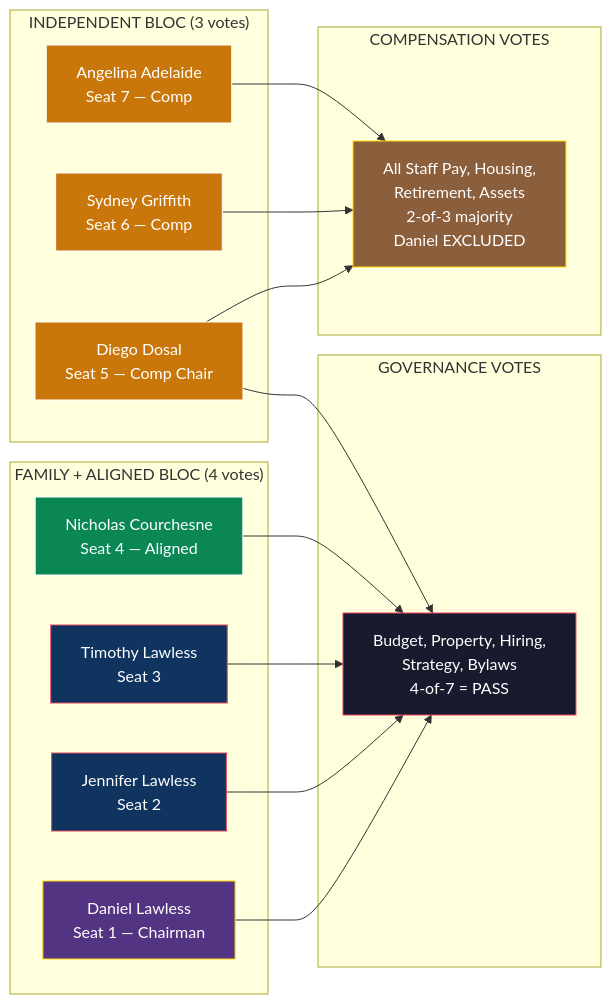
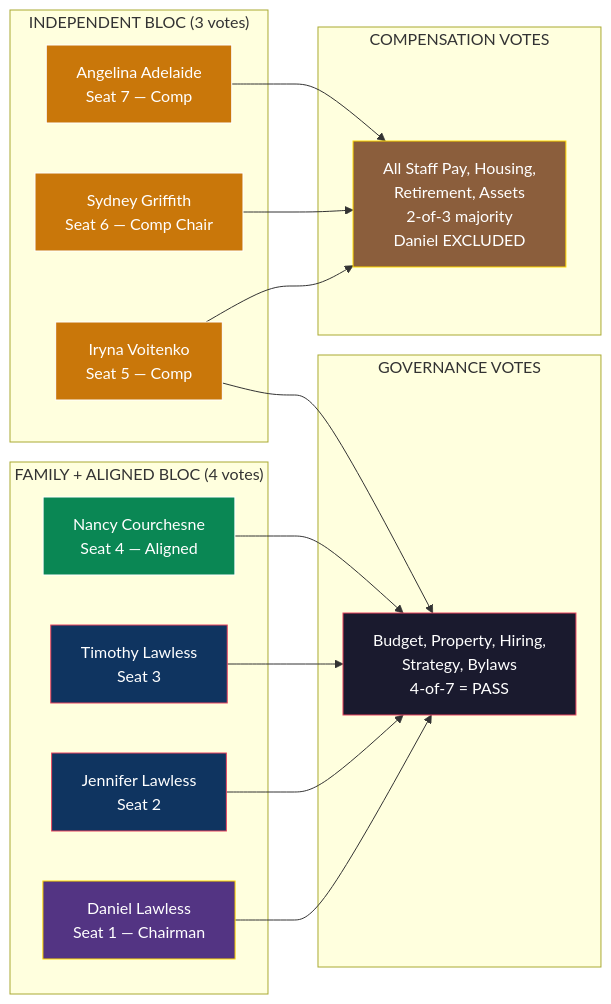
The second of 16 diagrams in docs/tax-structure/11-CHURCH-GOVERNANCE-STRUCTURE.md (Light-Brands/epic-center), drawn with Mermaid before and after one commit. The commit also changed other lines of this file, not shown here.

First line of the commit message:
Restructure board: Nancy replaces Nicholas, Iryna replaces Diego, Sydney to Chair

````diff
--- a/docs/tax-structure/11-CHURCH-GOVERNANCE-STRUCTURE.md
+++ b/docs/tax-structure/11-CHURCH-GOVERNANCE-STRUCTURE.md
@@ -119,42 +119,42 @@
 ```mermaid
 graph LR
     subgraph "FAMILY + ALIGNED BLOC (4 votes)"
         DL["Daniel Lawless<br/>Seat 1 — Chairman"]
         JL["Jennifer Lawless<br/>Seat 2"]
         TL["Timothy Lawless<br/>Seat 3"]
-        NC["Nicholas Courchesne<br/>Seat 4 — Aligned"]
+        NC["Nancy Courchesne<br/>Seat 4 — Aligned"]
     end
 
     subgraph "INDEPENDENT BLOC (3 votes)"
-        DD["Diego Dosal<br/>Seat 5 — Comp Chair"]
-        SG["Sydney Griffith<br/>Seat 6 — Comp"]
+        DD["Iryna Voitenko<br/>Seat 5 — Comp"]
+        SG["Sydney Griffith<br/>Seat 6 — Comp Chair"]
         AA["Angelina Adelaide<br/>Seat 7 — Comp"]
     end
 
     subgraph "GOVERNANCE VOTES"
         GOV["Budget, Property, Hiring,<br/>Strategy, Bylaws<br/>4-of-7 = PASS"]
     end
 
     subgraph "COMPENSATION VOTES"
         COMP["All Staff Pay, Housing,<br/>Retirement, Assets<br/>2-of-3 majority<br/>Daniel EXCLUDED"]
     end
 
     DL --> GOV
     JL --> GOV
     TL --> GOV
     NC --> GOV
     DD --> GOV
     DD --> COMP
     SG --> COMP
     AA --> COMP
 
     style DL fill:#533483,stroke:#ffd700,color:#fff
     style JL fill:#0f3460,stroke:#e94560,color:#fff
     style TL fill:#0f3460,stroke:#e94560,color:#fff
     style NC fill:#0a8754,stroke:#fff,color:#fff
     style DD fill:#c9770a,stroke:#fff,color:#fff
     style SG fill:#c9770a,stroke:#fff,color:#fff
     style AA fill:#c9770a,stroke:#fff,color:#fff
     style GOV fill:#1a1a2e,stroke:#e94560,color:#fff
     style COMP fill:#8b5e3c,stroke:#ffd700,color:#fff
 ```
````
